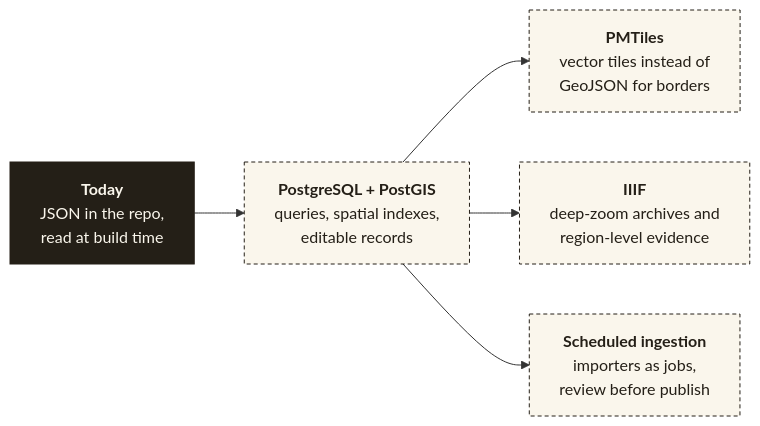
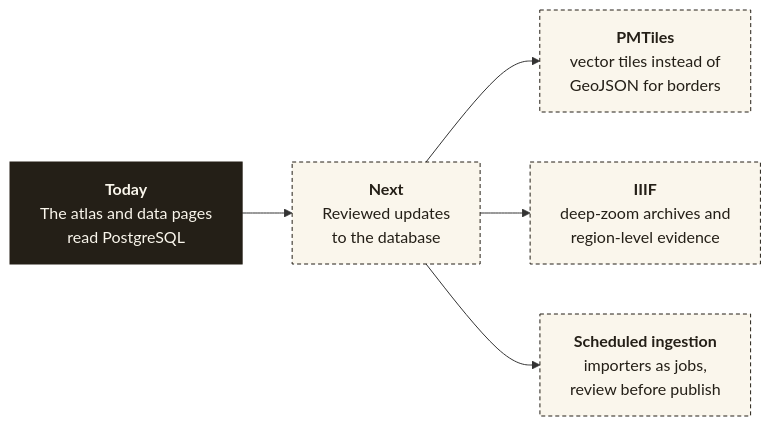
Before and after one commit to varunaditya27/BHAARATA: the seventh of 7 diagrams in docs/ARCHITECTURE.md, drawn with Mermaid. The commit also changed other lines of this file and 83 other files, not shown here.

Commit message:
Replace static data files with unified PostgreSQL seed and checks

````diff
--- a/docs/ARCHITECTURE.md
+++ b/docs/ARCHITECTURE.md
@@ -355,12 +327,12 @@
 ```mermaid
 flowchart LR
-    NOW["<b>Today</b><br/>JSON in the repo,<br/>read at build time"] --> PG["<b>PostgreSQL + PostGIS</b><br/>queries, spatial indexes,<br/>editable records"]
+    NOW["<b>Today</b><br/>The atlas and data pages<br/>read PostgreSQL"] --> PG["<b>Next</b><br/>Reviewed updates<br/>to the database"]
     PG --> PM["<b>PMTiles</b><br/>vector tiles instead of<br/>GeoJSON for borders"]
     PG --> IIIF["<b>IIIF</b><br/>deep-zoom archives and<br/>region-level evidence"]
     PG --> ING["<b>Scheduled ingestion</b><br/>importers as jobs,<br/>review before publish"]
 
     classDef now fill:#241f17,stroke:#241f17,color:#faf6ec;
     classDef next fill:#faf6ec,stroke:#241f17,color:#241f17,stroke-dasharray: 4 3;
     class NOW now;
     class PG,PM,IIIF,ING next;
 ```
````
